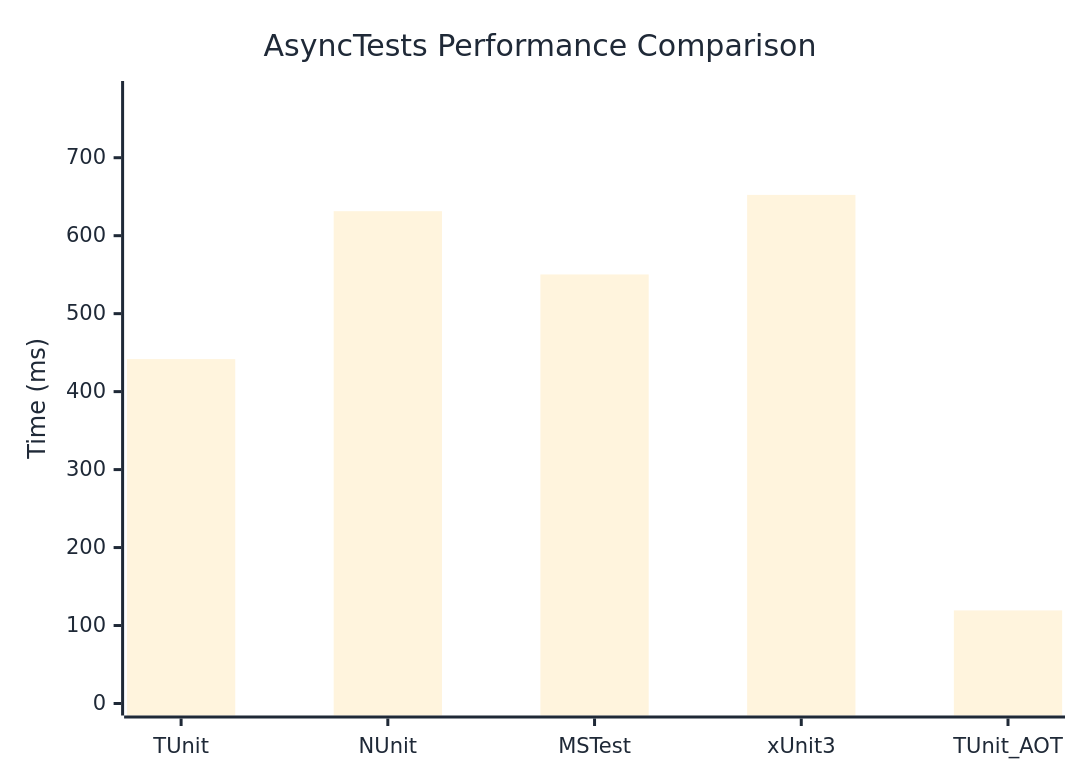
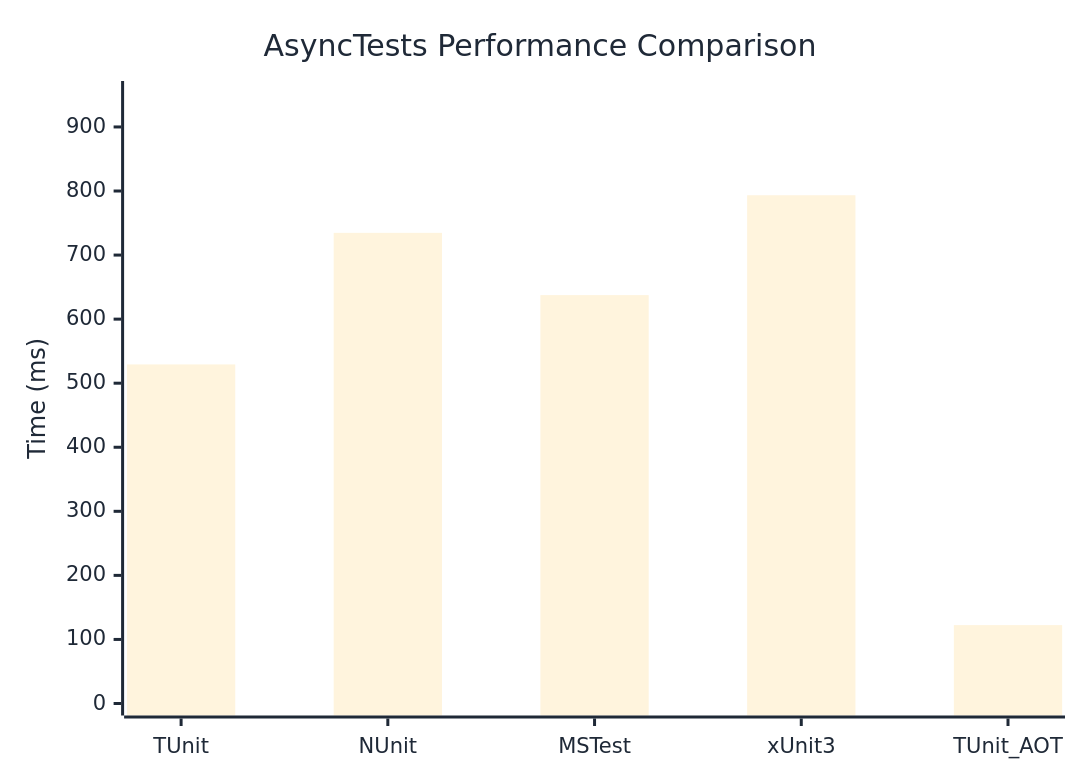
Before and after one commit to thomhurst/TUnit: the diagram in docs/docs/benchmarks/AsyncTests.md, drawn with Mermaid. The commit also changed other lines of this file and 17 other files, not shown here.

````diff
--- a/docs/docs/benchmarks/AsyncTests.md
+++ b/docs/docs/benchmarks/AsyncTests.md
@@ -27,37 +27,37 @@
 ```mermaid
 %%{init: {
   'theme':'base',
   'themeVariables': {
     'primaryColor': '#2563eb',
     'primaryTextColor': '#1f2937',
     'primaryBorderColor': '#1e40af',
     'lineColor': '#6b7280',
     'secondaryColor': '#7c3aed',
     'tertiaryColor': '#dc2626',
     'background': '#ffffff',
     'mainBkg': '#2563eb',
     'secondBkg': '#7c3aed',
     'tertiaryBkg': '#dc2626',
     'clusterBkg': '#f3f4f6',
     'edgeLabelBackground': '#ffffff',
     'tertiaryTextColor': '#1f2937',
     'pie1': '#2563eb',
     'pie2': '#7c3aed',
     'pie3': '#dc2626',
     'pie4': '#f59e0b',
     'pie5': '#10b981',
     'pie6': '#06b6d4',
     'pie7': '#ec4899',
     'pie8': '#6366f1',
     'pie9': '#84cc16',
     'pie10': '#f97316',
     'pie11': '#14b8a6',
     'pie12': '#a855f7'
   }
 }}%%
 xychart-beta
   title "AsyncTests Performance Comparison"
   x-axis ["TUnit", "NUnit", "MSTest", "xUnit3", "TUnit_AOT"]
-  y-axis "Time (ms)" 0 --> 783
-  bar [441.7, 631.4, 550.3, 652.3, 119.4]
+  y-axis "Time (ms)" 0 --> 953
+  bar [529.3, 734.7, 637.5, 793.4, 122.4]
 ```
````
